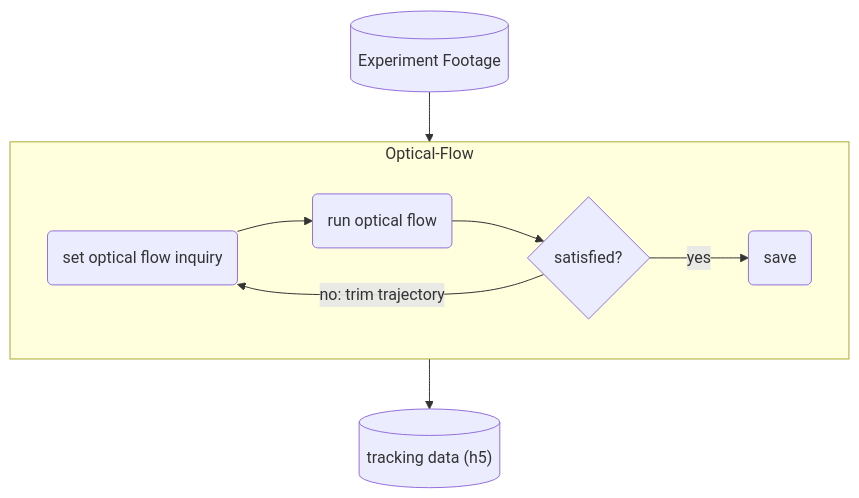
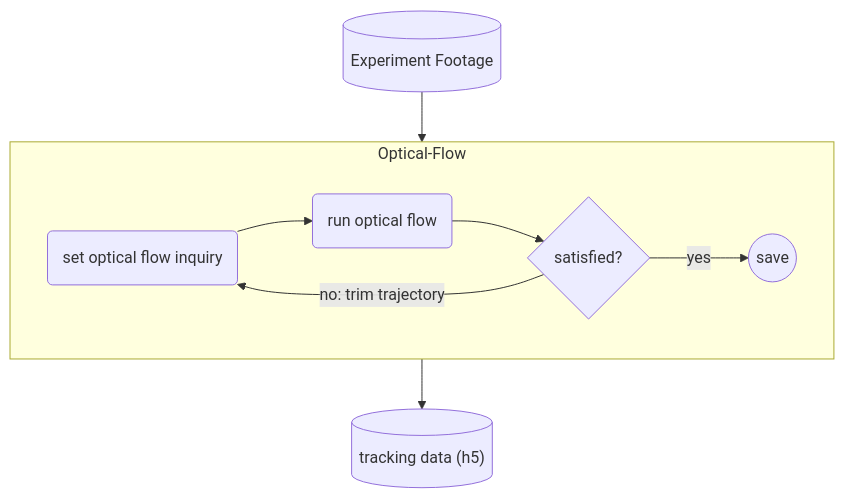
One commit to GazzolaLab/BR2-vision-based-smoothing changed the fifth of 6 diagrams in README.md. Above: the diagram before and after it, drawn with Mermaid.

````diff
--- a/README.md
+++ b/README.md
@@ -114,14 +114,14 @@
 ```mermaid
 flowchart TD
     collect[("Experiment Footage")]
     T[("tracking data (h5)")]
     subgraph Optical-Flow
         opt1("set optical flow inquiry")
         opt2("run optical flow")
         
         opt1 --> opt2 --> C{satisfied?}
         C -->|no: trim trajectory| opt1
-        C -->|yes| D("save")
+        C -->|yes| D(("save"))
     end
     collect --> Optical-Flow --> T
 ```
````
